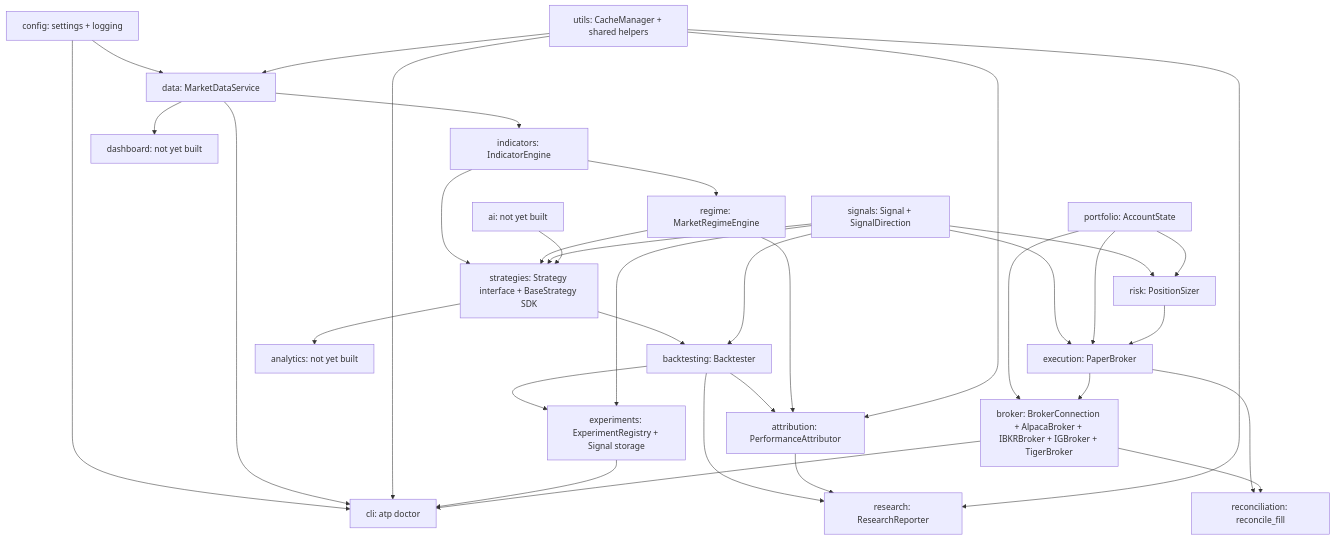
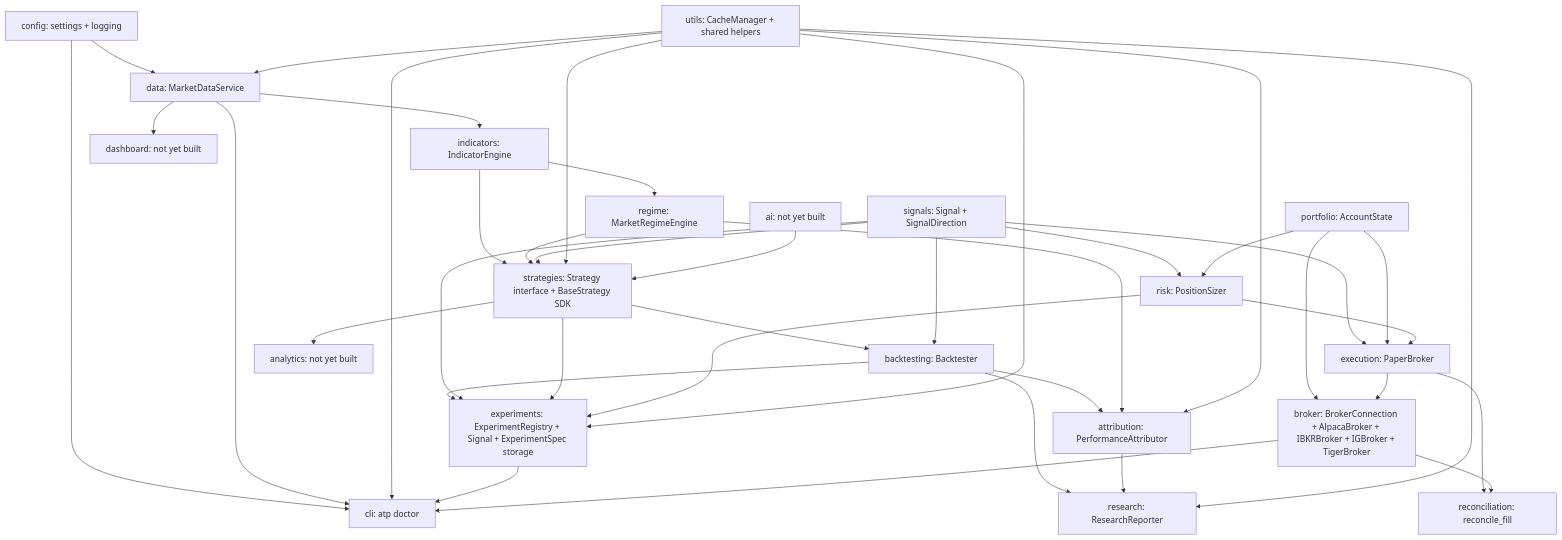
The diagram in ARCHITECTURE.md (grow-op-nasa/ai-trading-platform), drawn with Mermaid before and after one commit. The commit also changed other lines of this file and 20 other files, not shown here.

````diff
--- a/ARCHITECTURE.md
+++ b/ARCHITECTURE.md
@@ -14,58 +14,62 @@
 ```mermaid
 graph TD
     config[config: settings + logging]
     utils[utils: CacheManager + shared helpers]
     data[data: MarketDataService]
     indicators[indicators: IndicatorEngine]
     regime[regime: MarketRegimeEngine]
     signals[signals: Signal + SignalDirection]
     strategies[strategies: Strategy interface + BaseStrategy SDK]
     backtesting[backtesting: Backtester]
     attribution[attribution: PerformanceAttributor]
-    experiments[experiments: ExperimentRegistry + Signal storage]
+    experiments[experiments: ExperimentRegistry + Signal + ExperimentSpec storage]
     research[research: ResearchReporter]
     portfolio[portfolio: AccountState]
     risk[risk: PositionSizer]
     execution[execution: PaperBroker]
     broker[broker: BrokerConnection + AlpacaBroker + IBKRBroker + IGBroker + TigerBroker]
     reconciliation[reconciliation: reconcile_fill]
     analytics[analytics: not yet built]
     ai[ai: not yet built]
     dashboard[dashboard: not yet built]
     cli[cli: atp doctor]
 
     config --> data
     utils --> data
     data --> indicators
     indicators --> regime
     indicators --> strategies
     regime --> strategies
     signals --> strategies
     strategies --> backtesting
     signals --> backtesting
     backtesting --> experiments
     signals --> experiments
+    strategies --> experiments
+    risk --> experiments
+    utils --> strategies
+    utils --> experiments
     backtesting --> attribution
     regime --> attribution
     utils --> attribution
     backtesting --> research
     attribution --> research
     utils --> research
     signals --> risk
     signals --> execution
     portfolio --> risk
     portfolio --> execution
     portfolio --> broker
     risk --> execution
     execution --> broker
     execution --> reconciliation
     broker --> reconciliation
     strategies --> analytics
     data --> dashboard
     ai --> strategies
     config --> cli
     data --> cli
     utils --> cli
     experiments --> cli
     broker --> cli
 ```
````
